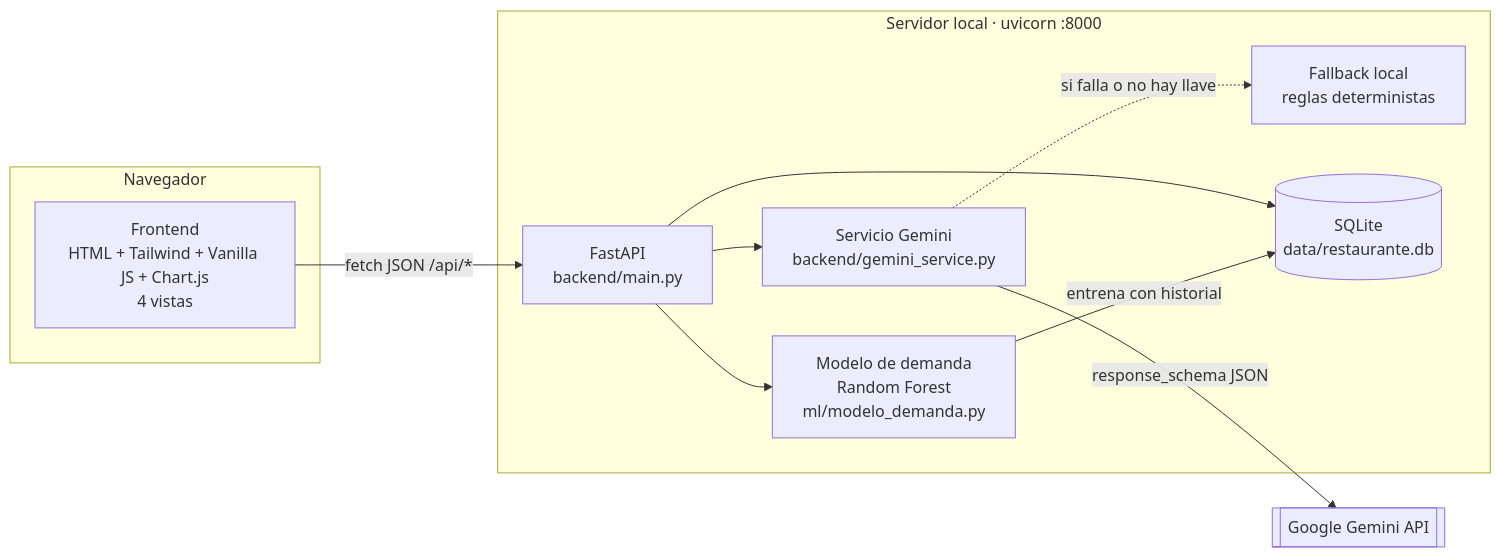
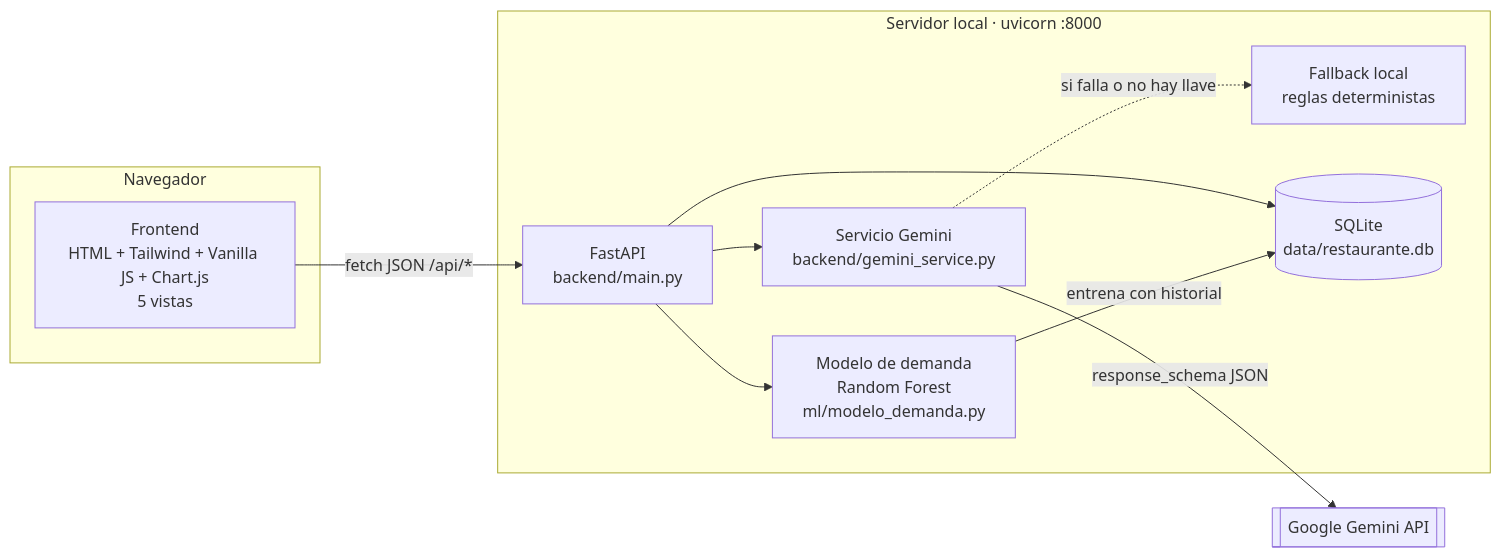
Before and after one commit to AndreRodriguez06/Hackateate_2026: the first of 3 diagrams in docs/01_arquitectura.md, drawn with Mermaid. The commit also changed other lines of this file and 22 other files, not shown here.

````diff
--- a/docs/01_arquitectura.md
+++ b/docs/01_arquitectura.md
@@ -62,24 +63,24 @@
 ```mermaid
 flowchart LR
     subgraph Navegador
-        UI[Frontend<br/>HTML + Tailwind + Vanilla JS + Chart.js<br/>4 vistas]
+        UI[Frontend<br/>HTML + Tailwind + Vanilla JS + Chart.js<br/>5 vistas]
     end
 
     subgraph Servidor["Servidor local · uvicorn :8000"]
         API[FastAPI<br/>backend/main.py]
         ML[Modelo de demanda<br/>Random Forest<br/>ml/modelo_demanda.py]
         GEM[Servicio Gemini<br/>backend/gemini_service.py]
         FB[Fallback local<br/>reglas deterministas]
         DB[(SQLite<br/>data/restaurante.db)]
     end
 
     GAPI[[Google Gemini API]]
 
     UI -- "fetch JSON /api/*" --> API
     API --> ML
     API --> GEM
     GEM -- "response_schema JSON" --> GAPI
     GEM -. "si falla o no hay llave" .-> FB
     API --> DB
     ML -- "entrena con historial" --> DB
 ```
````
